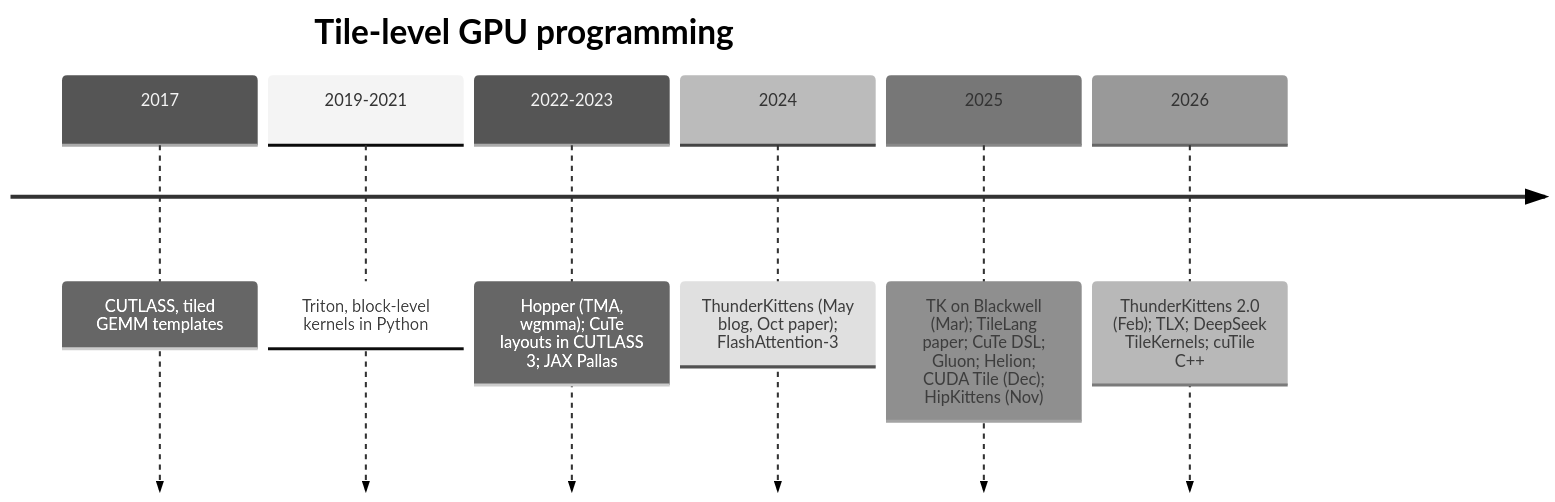
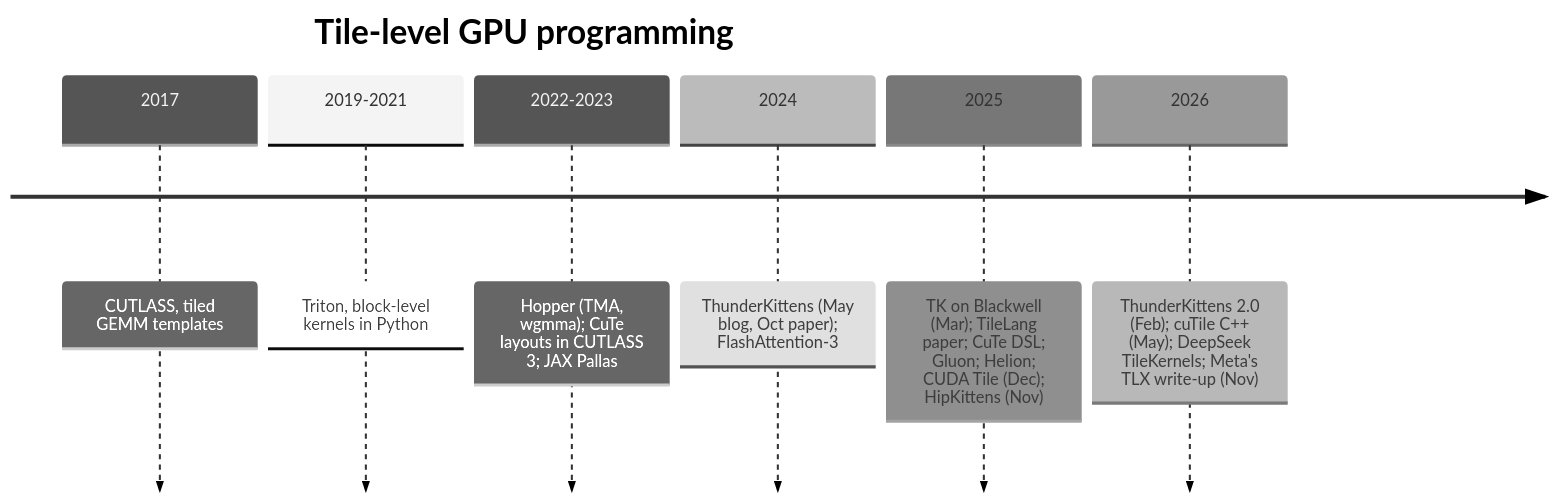
Before and after one commit to ImRuliad/Library-of-Alexandria: the first of 3 diagrams in GPU Programming/Compilers & Languages/ThunderKittens and Tile DSLs/ThunderKittens and Tile DSLs.md, drawn with Mermaid (neutral theme). The commit also changed other lines of this file, not shown here.

Commit message:
ThunderKittens and Tile DSLs: fact-check pass (status: complete)

````diff
--- a/GPU Programming/Compilers & Languages/ThunderKittens and Tile DSLs/ThunderKittens and Tile DSLs.md
+++ b/GPU Programming/Compilers & Languages/ThunderKittens and Tile DSLs/ThunderKittens and Tile DSLs.md
@@ -97,10 +98,10 @@
 ```mermaid
 timeline
     title Tile-level GPU programming
     2017 : CUTLASS, tiled GEMM templates
     2019-2021 : Triton, block-level kernels in Python
     2022-2023 : Hopper (TMA, wgmma); CuTe layouts in CUTLASS 3; JAX Pallas
     2024 : ThunderKittens (May blog, Oct paper); FlashAttention-3
     2025 : TK on Blackwell (Mar); TileLang paper; CuTe DSL; Gluon; Helion; CUDA Tile (Dec); HipKittens (Nov)
-    2026 : ThunderKittens 2.0 (Feb); TLX; DeepSeek TileKernels; cuTile C++
+    2026 : ThunderKittens 2.0 (Feb); cuTile C++ (May); DeepSeek TileKernels; Meta's TLX write-up (Nov)
 ```
````
